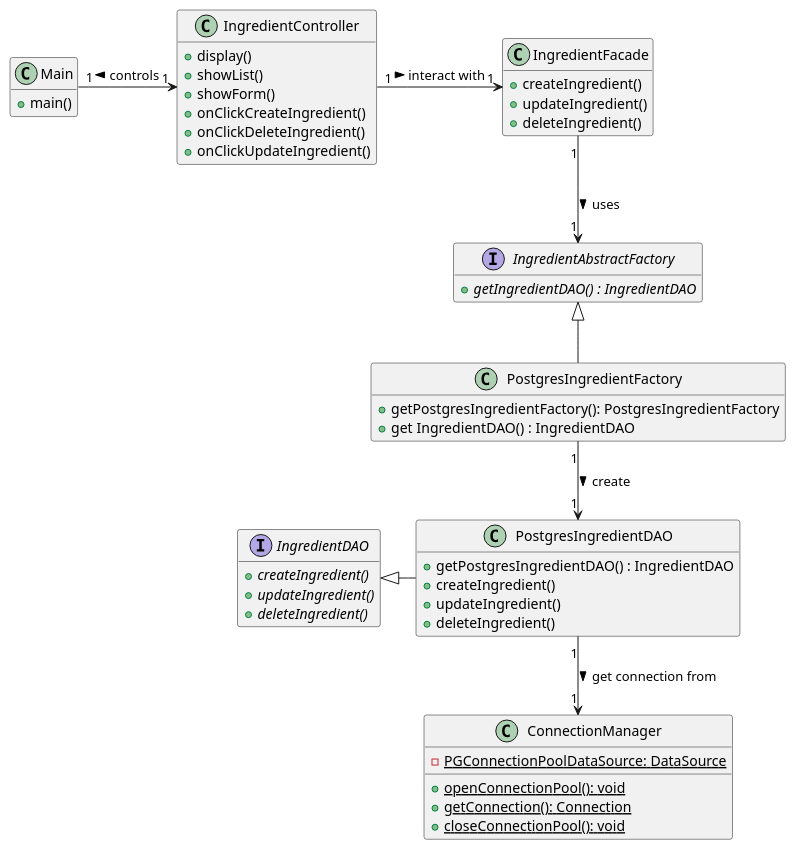
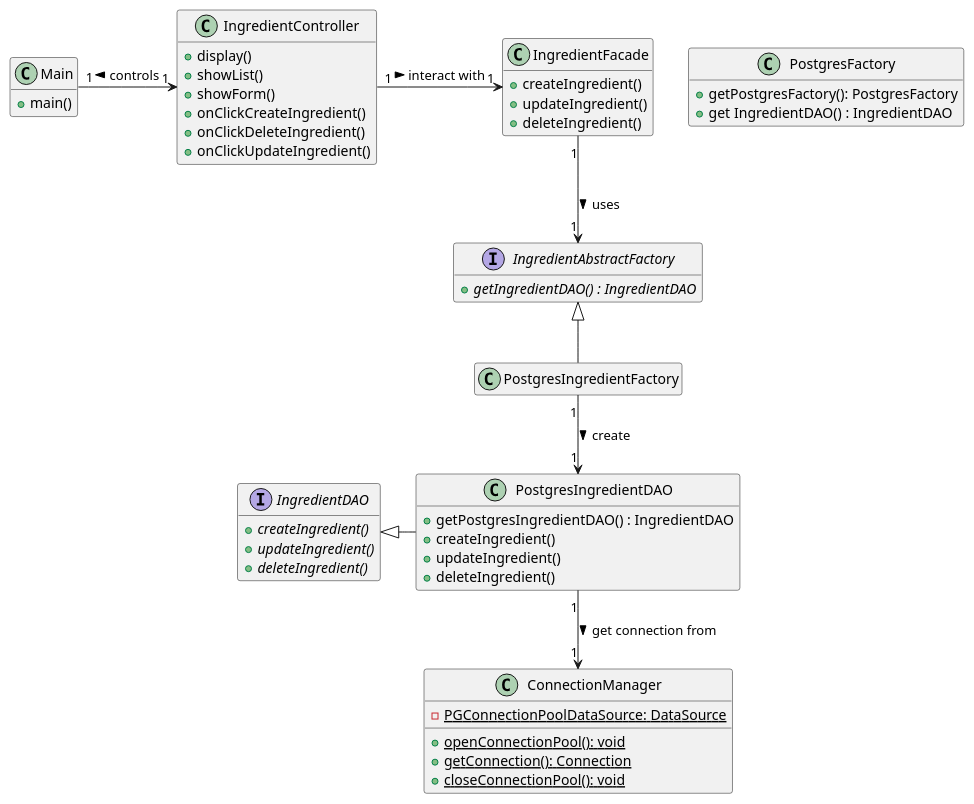
The diagram in doc/reports/prototype/plantuml/IngredientManagement/ingredientClassDiagram.plantuml (iusildra/WineCellar), drawn with PlantUML before and after one commit. The commit also changed 33 other files, not shown here.

```diff
--- a/doc/reports/prototype/plantuml/IngredientManagement/ingredientClassDiagram.plantuml
+++ b/doc/reports/prototype/plantuml/IngredientManagement/ingredientClassDiagram.plantuml
@@ -1,67 +1,67 @@
 @startuml IngredientClassDiagram
 hide empty members
 
 class Main {
   + main()
 }
 
 class IngredientController {
   + display()
   + showList()
   + showForm()
   + onClickCreateIngredient()
   + onClickDeleteIngredient()
   + onClickUpdateIngredient()
 }
 
 
 class IngredientFacade {
   + createIngredient()
   + updateIngredient()
   + deleteIngredient()
 }
 
 
 interface IngredientAbstractFactory {
   + {abstract} getIngredientDAO() : IngredientDAO
 
 }
 
 
-class PostgresIngredientFactory {
-  + getPostgresIngredientFactory(): PostgresIngredientFactory
+class PostgresFactory {
+  + getPostgresFactory(): PostgresFactory
   + get IngredientDAO() : IngredientDAO
 }
 
 
 Interface IngredientDAO {
   + {abstract} createIngredient()
   + {abstract} updateIngredient()
   + {abstract} deleteIngredient()
 }
 
 
 class PostgresIngredientDAO{
   + getPostgresIngredientDAO() : IngredientDAO
   + createIngredient()
   + updateIngredient()
   + deleteIngredient()
 }
 
 
 class ConnectionManager {
   - {static} PGConnectionPoolDataSource: DataSource
   + {static} openConnectionPool(): void
   + {static} getConnection(): Connection
   + {static} closeConnectionPool(): void
 }
 
 PostgresIngredientFactory -u-|> IngredientAbstractFactory
 PostgresIngredientDAO     -l-|> IngredientDAO
 
 Main            "1" -r-> "1" IngredientController: <  controls
 IngredientController      "1" -r-> "1" IngredientFacade: > interact with
 IngredientFacade          "1" --> "1" IngredientAbstractFactory: > uses
 PostgresIngredientFactory "1" --> "1" PostgresIngredientDAO: > create
 PostgresIngredientDAO     "1" --> "1" ConnectionManager:> get connection from
 @enduml
```
